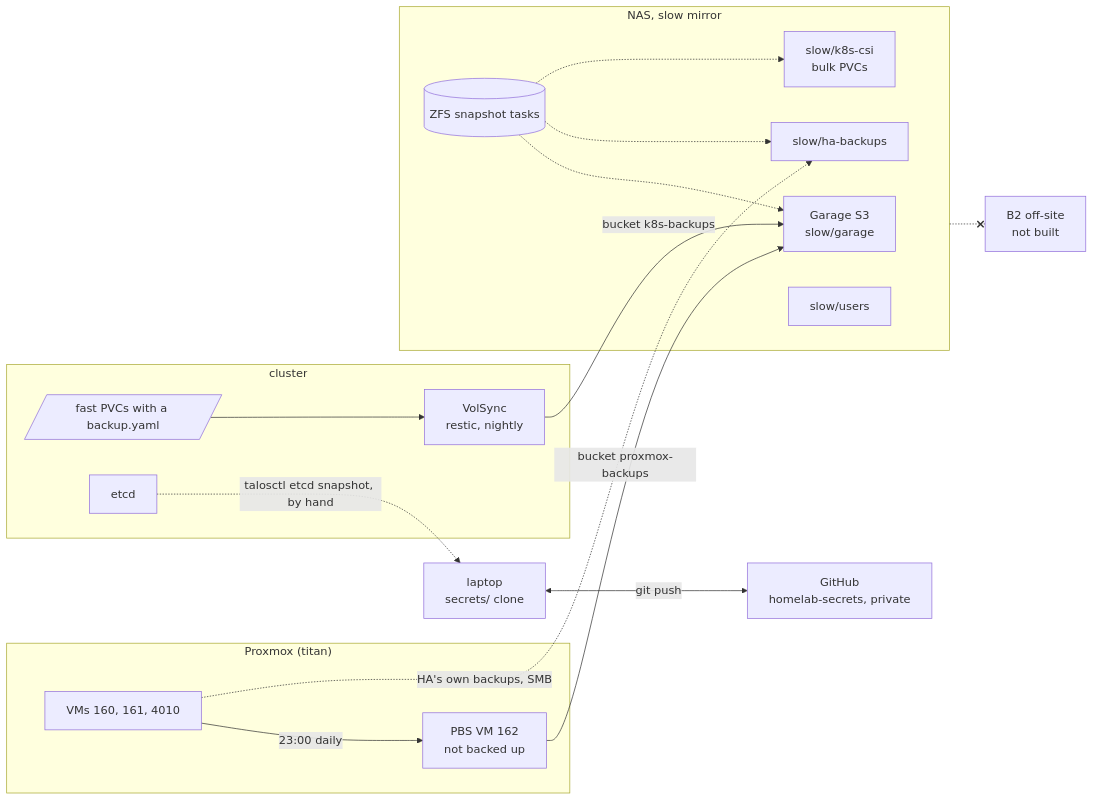
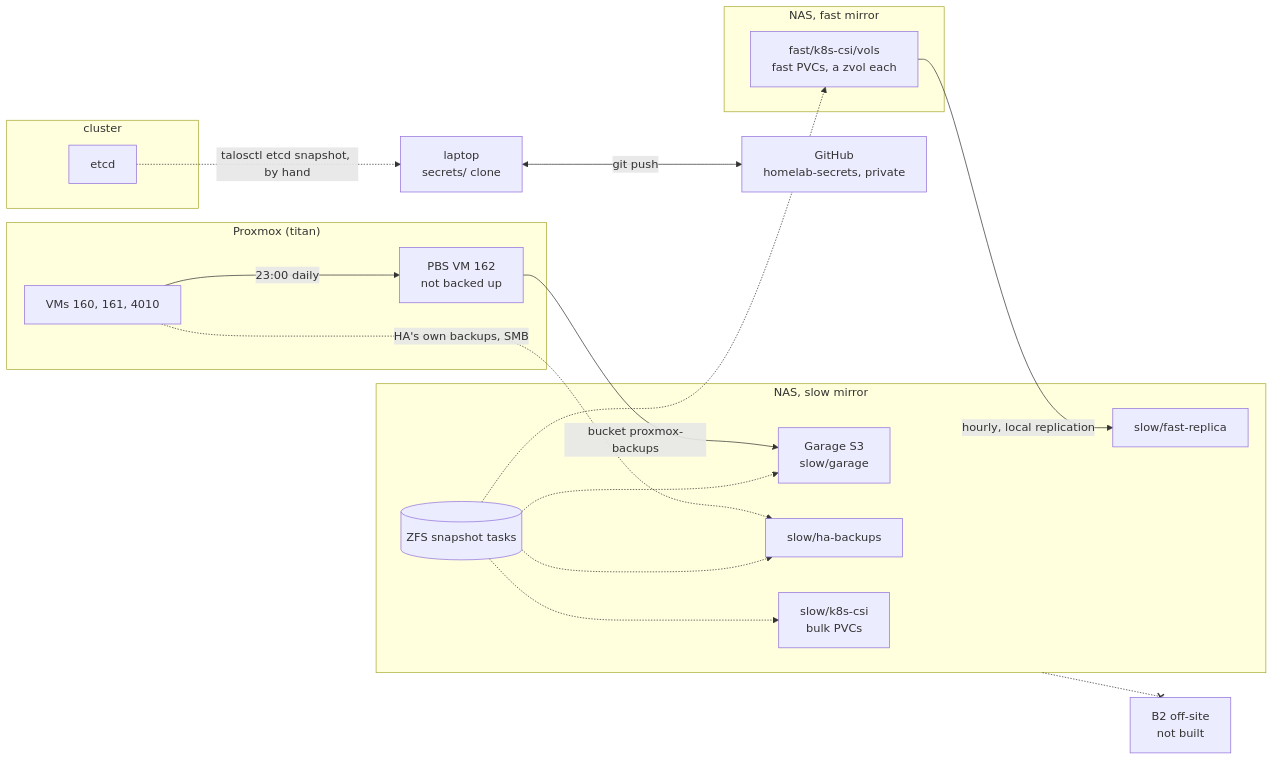
One commit to Sojamann/homelab changed the diagram in docs/src/backups.md. Above: the diagram before and after it, drawn with Mermaid. The commit also changed other lines of this file and 29 other files, not shown here.

Commit message:
feat(backups): replace VolSync with NAS ZFS snapshots and replication

````diff
--- a/docs/src/backups.md
+++ b/docs/src/backups.md
@@ -7,30 +7,31 @@
 ```mermaid
 graph LR
   subgraph px["Proxmox (titan)"]
     VMS["VMs 160, 161, 4010"]
     PBSVM["PBS VM 162<br/>not backed up"]
   end
   subgraph k8s["cluster"]
-    FASTPVC[/"fast PVCs with a backup.yaml"/]
-    VS["VolSync<br/>restic, nightly"]
     ETCD["etcd"]
+  end
+  subgraph nasf["NAS, fast mirror"]
+    FASTZ["fast/k8s-csi/vols<br/>fast PVCs, a zvol each"]
   end
   subgraph nas["NAS, slow mirror"]
     GA["Garage S3<br/>slow/garage"]
     HAB["slow/ha-backups"]
     BULK["slow/k8s-csi<br/>bulk PVCs"]
-    USERS["slow/users"]
+    REPL["slow/fast-replica"]
     ZFS[("ZFS snapshot tasks")]
   end
   LAPTOP["laptop<br/>secrets/ clone"]
   GH["GitHub<br/>homelab-secrets, private"]
   B2["B2 off-site<br/>not built"]
 
   VMS -->|"23:00 daily"| PBSVM -->|"bucket proxmox-backups"| GA
-  FASTPVC --> VS -->|"bucket k8s-backups"| GA
+  FASTZ -->|"hourly, local replication"| REPL
   VMS -.->|"HA's own backups, SMB"| HAB
   ETCD -.->|"talosctl etcd snapshot, by hand"| LAPTOP
   LAPTOP <-->|git push| GH
-  ZFS -.-> GA & HAB & BULK
+  ZFS -.-> GA & HAB & BULK & FASTZ
   nas -.-x B2
 ```
````
